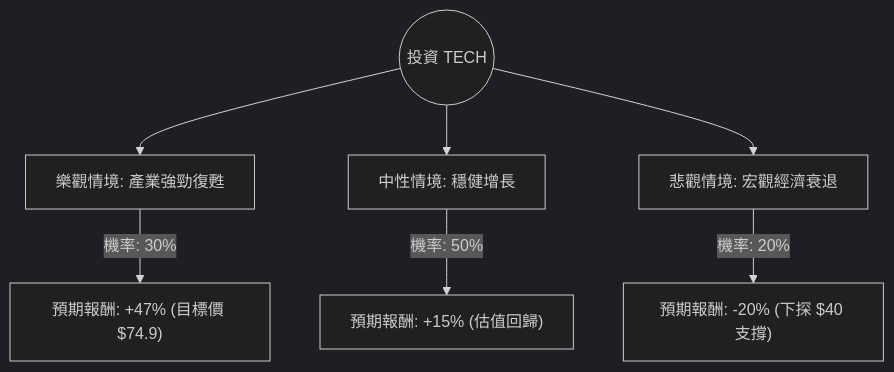
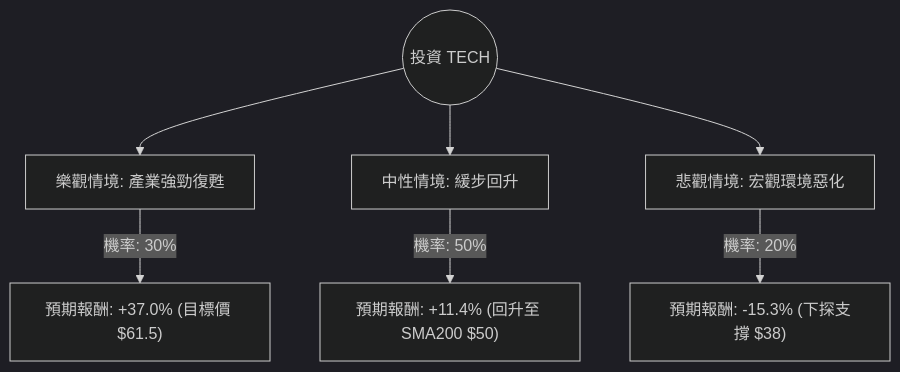
Before and after one commit to zmcx16/zmcx16.github.io: the diagram in plugin-react/ai-analysis/ev-analysis/TECH.md, drawn with Mermaid (dark theme). The commit also changed other lines of this file and 77 other files, not shown here.

````diff
--- a/plugin-react/ai-analysis/ev-analysis/TECH.md
+++ b/plugin-react/ai-analysis/ev-analysis/TECH.md
@@ -22,10 +21,10 @@
 ```mermaid
 graph TD
     Start((投資 TECH)) --> Bull[樂觀情境: 產業強勁復甦]
-    Start --> Base[中性情境: 穩健增長]
-    Start --> Bear[悲觀情境: 宏觀經濟衰退]
+    Start --> Base[中性情境: 緩步回升]
+    Start --> Bear[悲觀情境: 宏觀環境惡化]
 
-    Bull -- "機率: 30%" --> BullVal["預期報酬: +47% (目標價 $74.9)"]
-    Base -- "機率: 50%" --> BaseVal["預期報酬: +15% (估值回歸)"]
-    Bear -- "機率: 20%" --> BearVal["預期報酬: -20% (下探 $40 支撐)"]
+    Bull -- "機率: 30%" --> Bull_Val["預期報酬: +37.0% (目標價 $61.5)"]
+    Base -- "機率: 50%" --> Base_Val["預期報酬: +11.4% (回升至 SMA200 $50)"]
+    Bear -- "機率: 20%" --> Bear_Val["預期報酬: -15.3% (下探支撐 $38)"]
 ```
````
